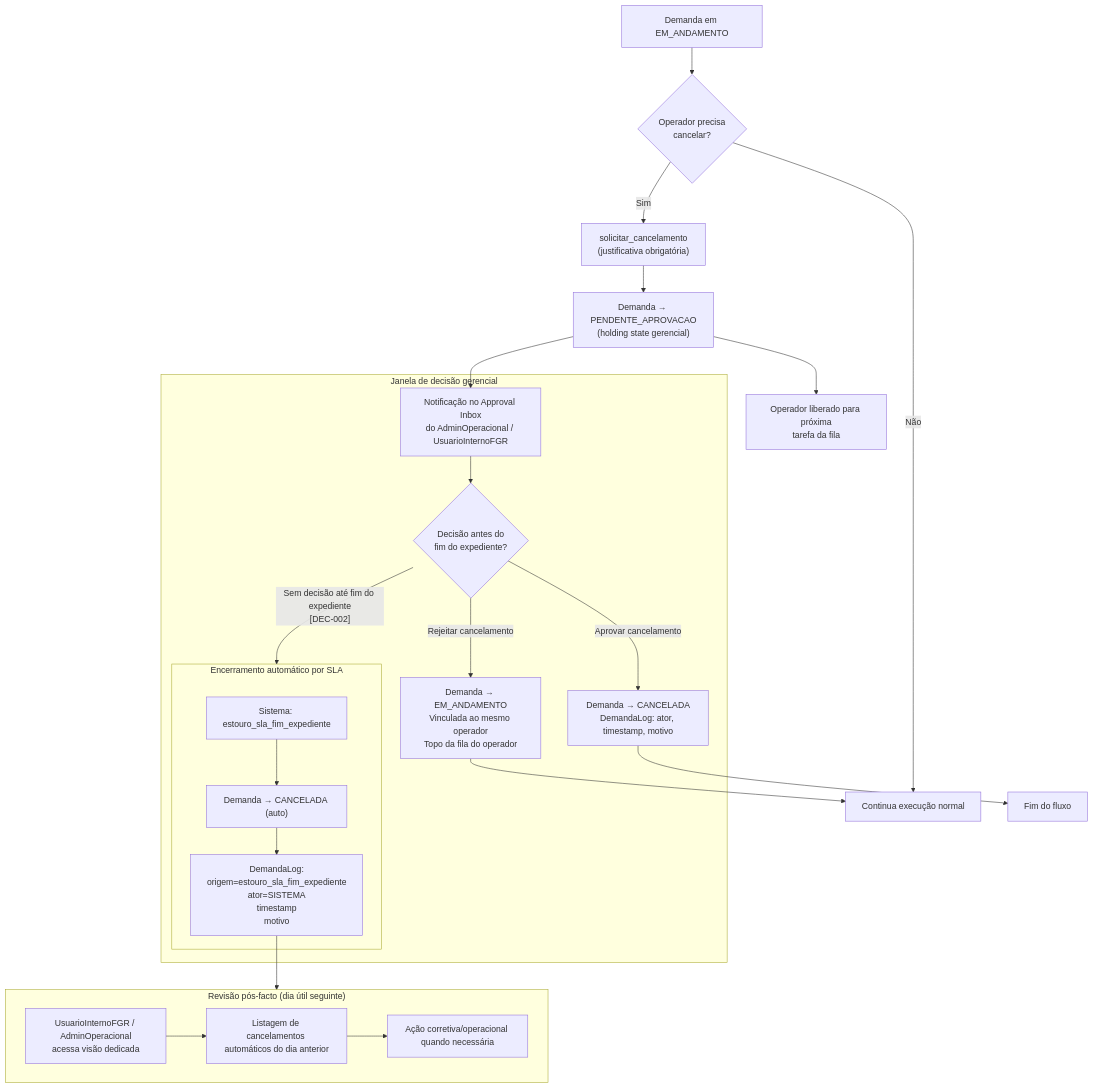
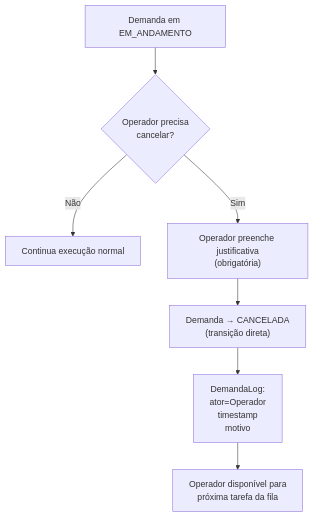
One commit to paulotks/FGR-Ops-docs changed the first of 2 diagrams in docs/flows/04-cancelamento-sla.md. Above: the diagram before and after it, drawn with Mermaid. The commit also changed other lines of this file and 14 other files, not shown here.

First line of the commit message:
docs: update REQ-RBAC-004 and remove PENDENTE_APROVACAO state (DEC-019, DEC-020)

````diff
--- a/docs/flows/04-cancelamento-sla.md
+++ b/docs/flows/04-cancelamento-sla.md
@@ -17,38 +19,13 @@
 ```mermaid
 flowchart TD
     EM["Demanda em EM_ANDAMENTO"]
 
     EM --> OP{"Operador precisa\ncancelar?"}
 
-    OP -->|Sim| SC["solicitar_cancelamento\n(justificativa obrigatória)"]
     OP -->|Não| EXEC["Continua execução normal"]
+    OP -->|Sim| JUST["Operador preenche justificativa\n(obrigatória)"]
 
-    SC --> PA["Demanda → PENDENTE_APROVACAO\n(holding state gerencial)"]
-    PA --> LIB["Operador liberado para próxima\ntarefa da fila"]
-    PA --> GER["Notificação no Approval Inbox\ndo AdminOperacional / UsuarioInternoFGR"]
-
-    subgraph DECISAO["Janela de decisão gerencial"]
-        GER --> DEC{"Decisão antes do\nfim do expediente?"}
-        DEC -->|"Aprovar cancelamento"| APR["Demanda → CANCELADA\nDemandaLog: ator, timestamp, motivo"]
-        DEC -->|"Rejeitar cancelamento"| REJ["Demanda → EM_ANDAMENTO\nVinculada ao mesmo operador\nTopo da fila do operador"]
-        DEC -->|"Sem decisão até fim do expediente\n[DEC-002]"| TIMEOUT
-    end
-
-    subgraph TIMEOUT["Encerramento automático por SLA"]
-        T1["Sistema: estouro_sla_fim_expediente"]
-        T2["Demanda → CANCELADA (auto)"]
-        T3["DemandaLog:\norigem=estouro_sla_fim_expediente\nator=SISTEMA\ntimestamp\nmotivo"]
-        T1 --> T2 --> T3
-    end
-
-    T3 --> REVISAO
-    APR --> FIM["Fim do fluxo"]
-    REJ --> EXEC
-
-    subgraph REVISAO["Revisão pós-facto (dia útil seguinte)"]
-        R1["UsuarioInternoFGR / AdminOperacional\nacessa visão dedicada"]
-        R2["Listagem de cancelamentos automáticos do dia anterior"]
-        R3["Ação corretiva/operacional quando necessária"]
-        R1 --> R2 --> R3
-    end
+    JUST --> CANCELADA["Demanda → CANCELADA\n(transição direta)"]
+    CANCELADA --> LOG["DemandaLog:\nator=Operador\ntimestamp\nmotivo"]
+    LOG --> FILA["Operador disponível para\npróxima tarefa da fila"]
 ```
````
